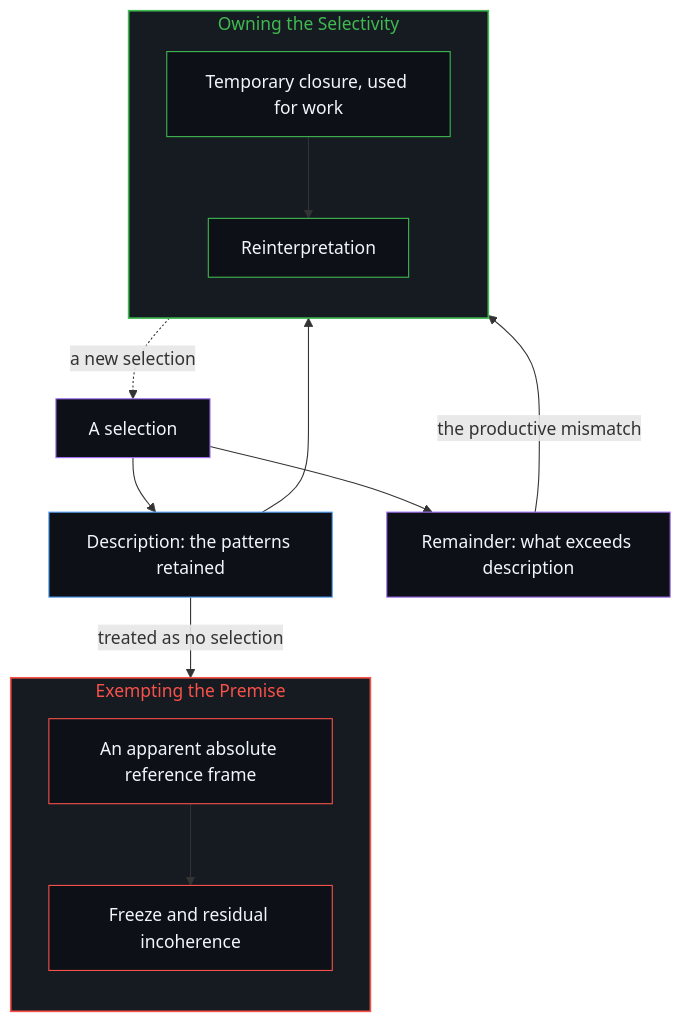
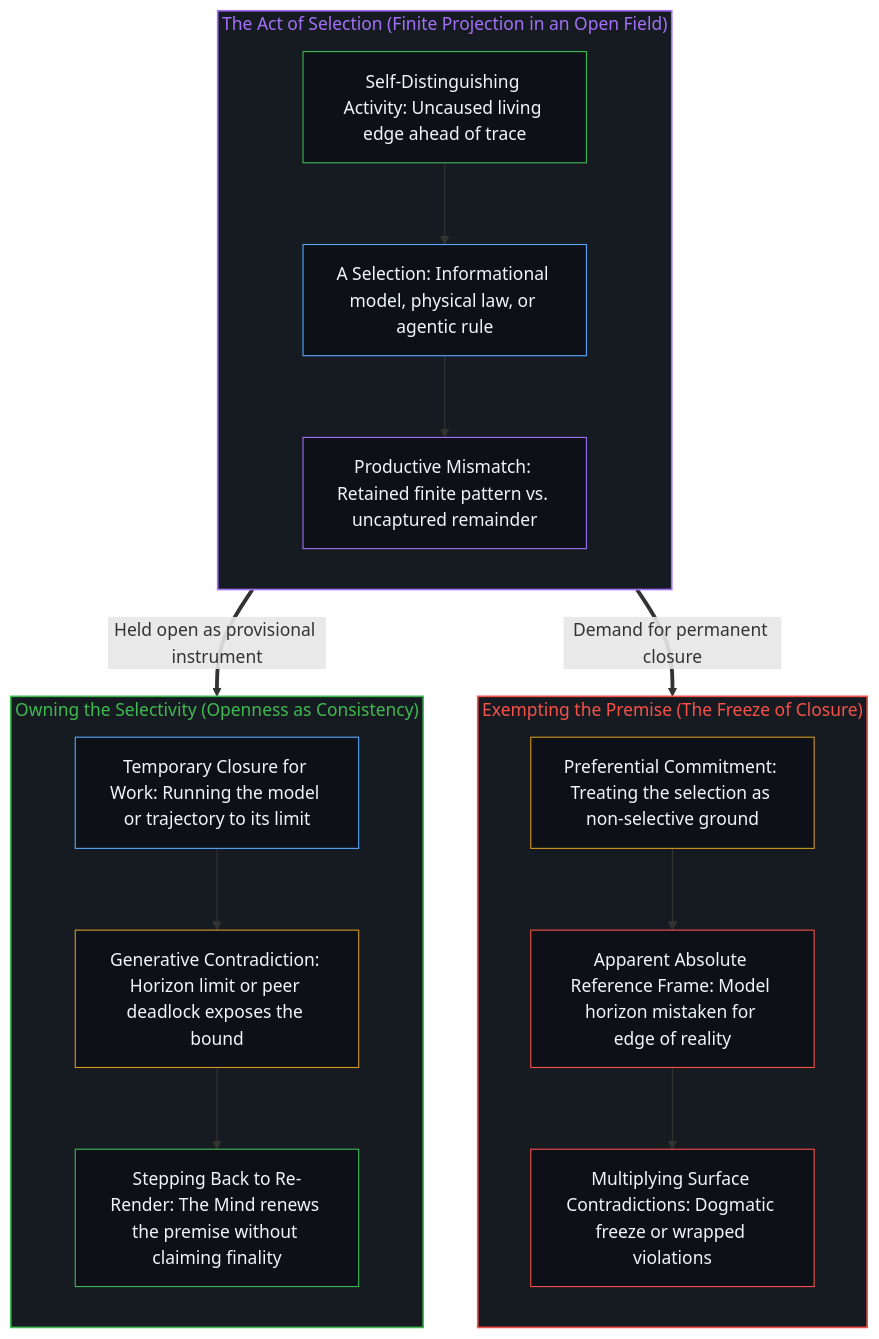
The second of 2 diagrams in content/posts/selection-contradiction-and-open-reality.md (powerpig99/not-a-toe), drawn with Mermaid before and after one commit. The commit also changed other lines of this file and 1 other file, not shown here.

Commit message:
Refine selection-contradiction-and-open-reality (Wave 3 L2 #141)

````diff
--- a/content/posts/selection-contradiction-and-open-reality.md
+++ b/content/posts/selection-contradiction-and-open-reality.md
@@ -84,32 +94,42 @@
 ```mermaid
 flowchart TD
-    S["A selection"]
-    D["Description: the patterns retained"]
-    X["Remainder: what exceeds description"]
-    subgraph S_Own["Owning the Selectivity"]
+    subgraph S_Cut["The Act of Selection (Finite Projection in an Open Field)"]
         direction TB
-        O1["Temporary closure, used for work"]
-        O2["Reinterpretation"]
+        Edge["Self-Distinguishing Activity: Uncaused living edge ahead of trace"]
+        Sel["A Selection: Informational model, physical law, or agentic rule"]
+        Split["Productive Mismatch: Retained finite pattern vs. uncaptured remainder"]
+        Edge --> Sel --> Split
     end
-    subgraph S_Ex["Exempting the Premise"]
+
+    subgraph S_Ex["Exempting the Premise (The Freeze of Closure)"]
         direction TB
-        E1["An apparent absolute reference frame"]
-        E2["Freeze and residual incoherence"]
+        Ex1["Preferential Commitment: Treating the selection as non-selective ground"]
+        Ex2["Apparent Absolute Reference Frame: Model horizon mistaken for edge of reality"]
+        Ex3["Multiplying Surface Contradictions: Dogmatic freeze or wrapped violations"]
+        Ex1 --> Ex2 --> Ex3
     end
-    S --> D
-    S --> X
-    D --> O1
-    O1 --> O2
-    X -->|"the productive mismatch"| O2
-    O2 -.->|"a new selection"| S
-    D -->|"treated as no selection"| E1 --> E2
+
+    subgraph S_Own["Owning the Selectivity (Openness as Consistency)"]
+        direction TB
+        O1["Temporary Closure for Work: Running the model or trajectory to its limit"]
+        O2["Generative Contradiction: Horizon limit or peer deadlock exposes the bound"]
+        O3["Stepping Back to Re-Render: The Mind renews the premise without claiming finality"]
+        O1 --> O2 --> O3
+    end
+
+    Split ==>|"Demand for permanent closure"| Ex1
+    Split ==>|"Held open as provisional instrument"| O1
+
+    style S_Cut fill:#161b22,stroke:#a371f7,stroke-width:1.5px,color:#a371f7
+    style S_Ex fill:#161b22,stroke:#f85149,stroke-width:1.5px,color:#f85149
     style S_Own fill:#161b22,stroke:#3fb950,stroke-width:1.5px,color:#3fb950
-    style S_Ex fill:#161b22,stroke:#f85149,stroke-width:1.5px,color:#f85149
-    style S fill:#0d1117,stroke:#a371f7,stroke-width:1px,color:#f0f6fc
-    style D fill:#0d1117,stroke:#58a6ff,stroke-width:1px,color:#f0f6fc
-    style X fill:#0d1117,stroke:#a371f7,stroke-width:1px,color:#f0f6fc
-    style O1 fill:#0d1117,stroke:#3fb950,stroke-width:1px,color:#f0f6fc
-    style O2 fill:#0d1117,stroke:#3fb950,stroke-width:1px,color:#f0f6fc
-    style E1 fill:#0d1117,stroke:#f85149,stroke-width:1px,color:#f0f6fc
-    style E2 fill:#0d1117,stroke:#f85149,stroke-width:1px,color:#f0f6fc
+    style Edge fill:#0d1117,stroke:#3fb950,stroke-width:1px,color:#f0f6fc
+    style Sel fill:#0d1117,stroke:#58a6ff,stroke-width:1px,color:#f0f6fc
+    style Split fill:#0d1117,stroke:#a371f7,stroke-width:1px,color:#f0f6fc
+    style Ex1 fill:#0d1117,stroke:#d29922,stroke-width:1px,color:#f0f6fc
+    style Ex2 fill:#0d1117,stroke:#f85149,stroke-width:1px,color:#f0f6fc
+    style Ex3 fill:#0d1117,stroke:#f85149,stroke-width:1px,color:#f0f6fc
+    style O1 fill:#0d1117,stroke:#58a6ff,stroke-width:1px,color:#f0f6fc
+    style O2 fill:#0d1117,stroke:#d29922,stroke-width:1px,color:#f0f6fc
+    style O3 fill:#0d1117,stroke:#3fb950,stroke-width:1px,color:#f0f6fc
 ```
````
